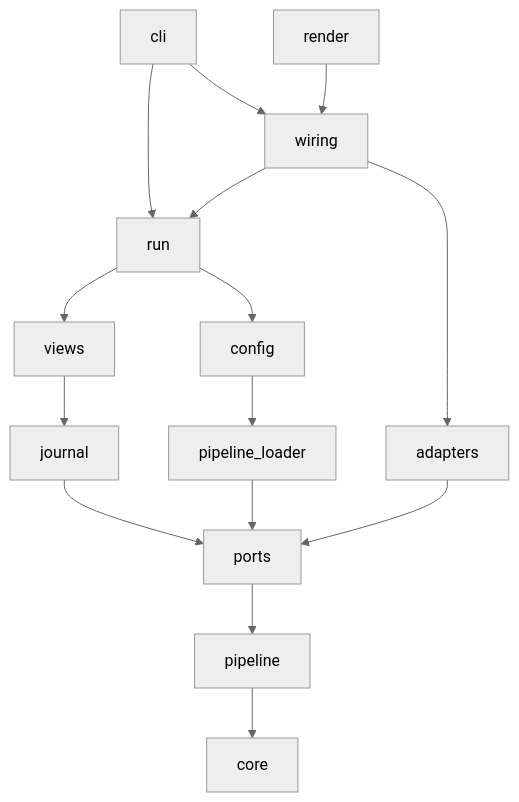
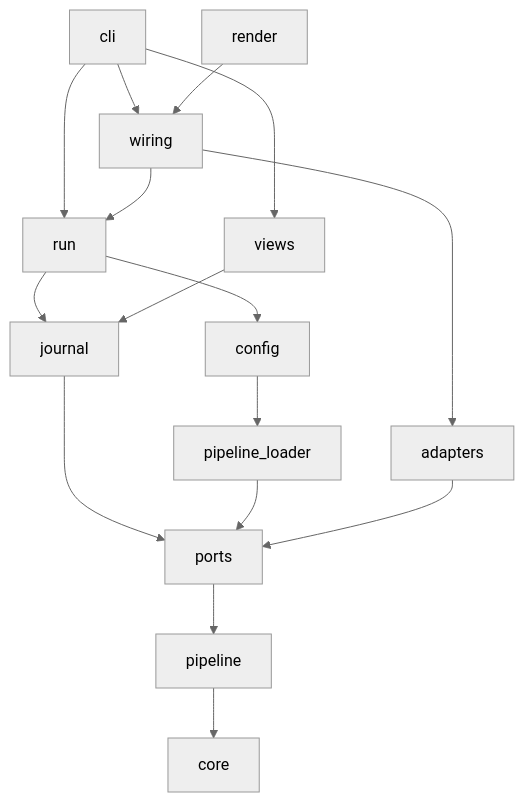
Before and after one commit to Zepp333333/factory: the diagram in docs/architecture/dependencies.md, drawn with Mermaid (neutral theme). The commit also changed other lines of this file and 38 other files, not shown here.

First line of the commit message:
Stop the run package importing views: move the timeline and metrics memories and artifacts into journal, Ports into ports/run_ports, and type the view as a Display protocol

````diff
--- a/docs/architecture/dependencies.md
+++ b/docs/architecture/dependencies.md
@@ -49,17 +50,18 @@
 ```mermaid
 flowchart TD
     cli --> wiring
     cli --> run
     render --> wiring
     wiring --> run
     wiring --> adapters
-    run --> views
+    cli --> views
+    run --> journal
     run --> config
     config --> pipeline_loader
     views --> journal
     journal --> ports
     pipeline_loader --> ports
     adapters --> ports
     ports --> pipeline
     pipeline --> core
 ```
````
